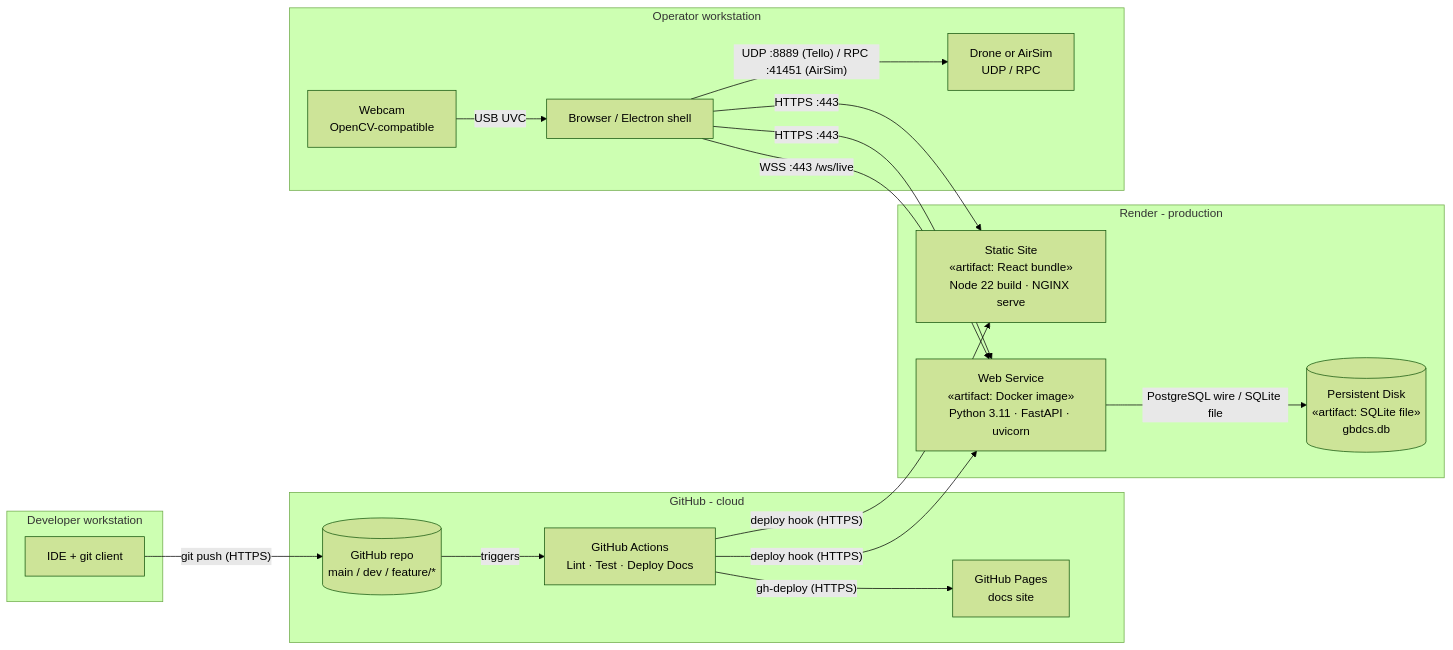
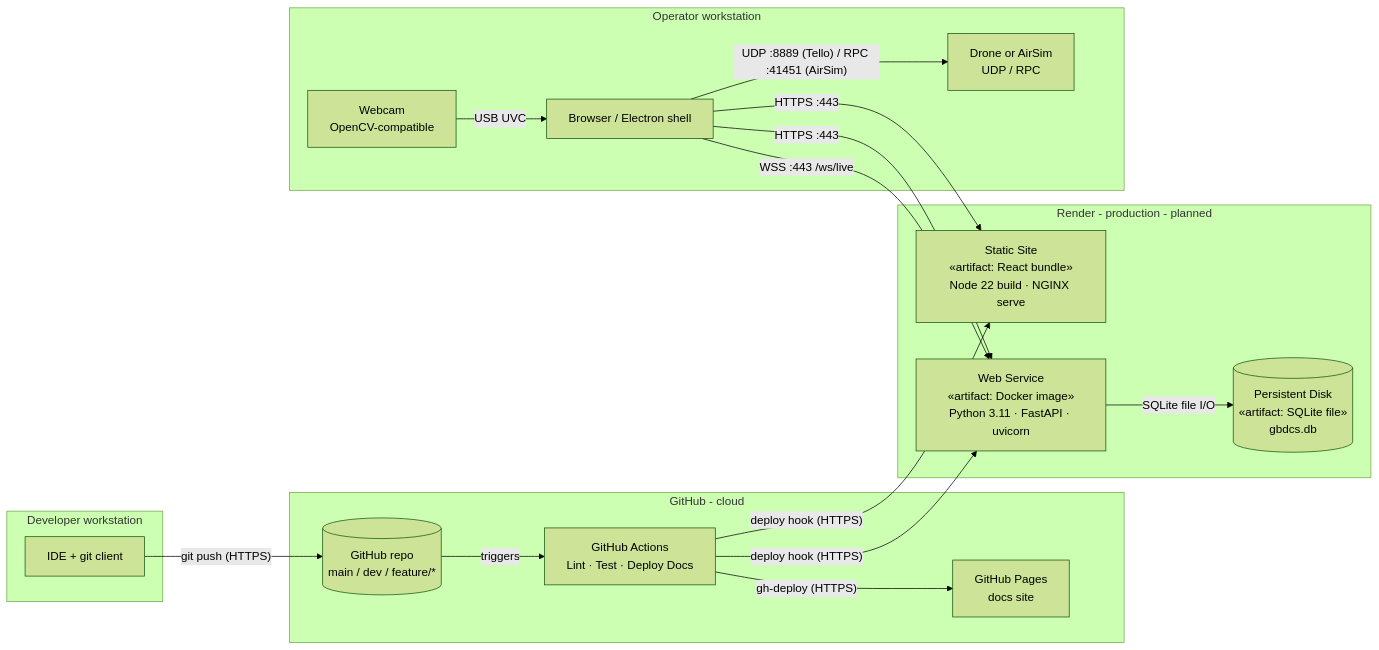
Before and after one commit to COS301-SE-2026/Gesture-Based-Drone-Control: the second of 3 diagrams in docs/SAS.md, drawn with Mermaid (forest theme). The commit also changed other lines of this file and 8 other files, not shown here.

````diff
--- a/docs/SAS.md
+++ b/docs/SAS.md
@@ -440,37 +414,37 @@
 ```mermaid
 flowchart LR
     subgraph DEV[Developer workstation]
         IDE[IDE + git client]
     end
 
     subgraph CICD[GitHub - cloud]
         REPO[(GitHub repo<br/>main / dev / feature/*)]
         GHA[GitHub Actions<br/>Lint · Test · Deploy Docs]
         PAGES[GitHub Pages<br/>docs site]
     end
 
-    subgraph RENDER[Render - production]
+    subgraph RENDER[Render - production - planned]
         FE[Static Site<br/>«artifact: React bundle»<br/>Node 22 build · NGINX serve]
         BE["Web Service<br/>«artifact: Docker image»<br/>Python 3.11 · FastAPI · uvicorn"]
         DB[("Persistent Disk<br/>«artifact: SQLite file»<br/>gbdcs.db")]
     end
 
     subgraph CLIENT[Operator workstation]
         BROWSER[Browser / Electron shell]
         CAM[Webcam<br/>OpenCV-compatible]
         DRONE[Drone or AirSim<br/>UDP / RPC]
     end
 
     IDE -- "git push (HTTPS)" --> REPO
     REPO -- triggers --> GHA
     GHA -- "deploy hook (HTTPS)" --> FE
     GHA -- "deploy hook (HTTPS)" --> BE
     GHA -- "gh-deploy (HTTPS)" --> PAGES
 
     BROWSER -- "HTTPS :443" --> FE
     BROWSER -- "HTTPS :443" --> BE
     BROWSER -- "WSS :443 /ws/live" --> BE
-    BE -- "PostgreSQL wire / SQLite file" --> DB
+    BE -- "SQLite file I/O" --> DB
     CAM -- "USB UVC" --> BROWSER
     BROWSER -- "UDP :8889 (Tello) / RPC :41451 (AirSim)" --> DRONE
 ```
````
